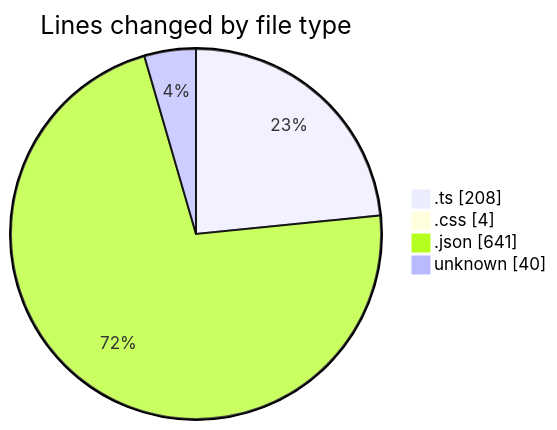
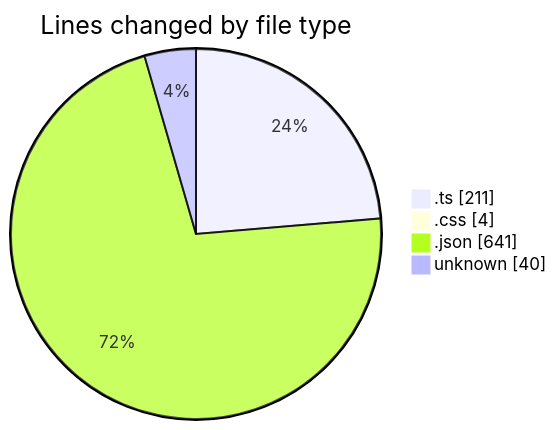
One commit to EIIisD/code-tracking changed the first of 2 diagrams in 2025-07-13/tampermonkey/README.md. Above: the diagram before and after it, drawn with Mermaid. The commit also changed other lines of this file and 1 other file, not shown here.

````diff
--- a/2025-07-13/tampermonkey/README.md
+++ b/2025-07-13/tampermonkey/README.md
@@ -31,8 +31,8 @@
 ```mermaid
 pie showData
 title Lines changed by file type
-".ts" : 208
+".ts" : 211
 ".css" : 4
 ".json" : 641
 "unknown" : 40
 ```
````
